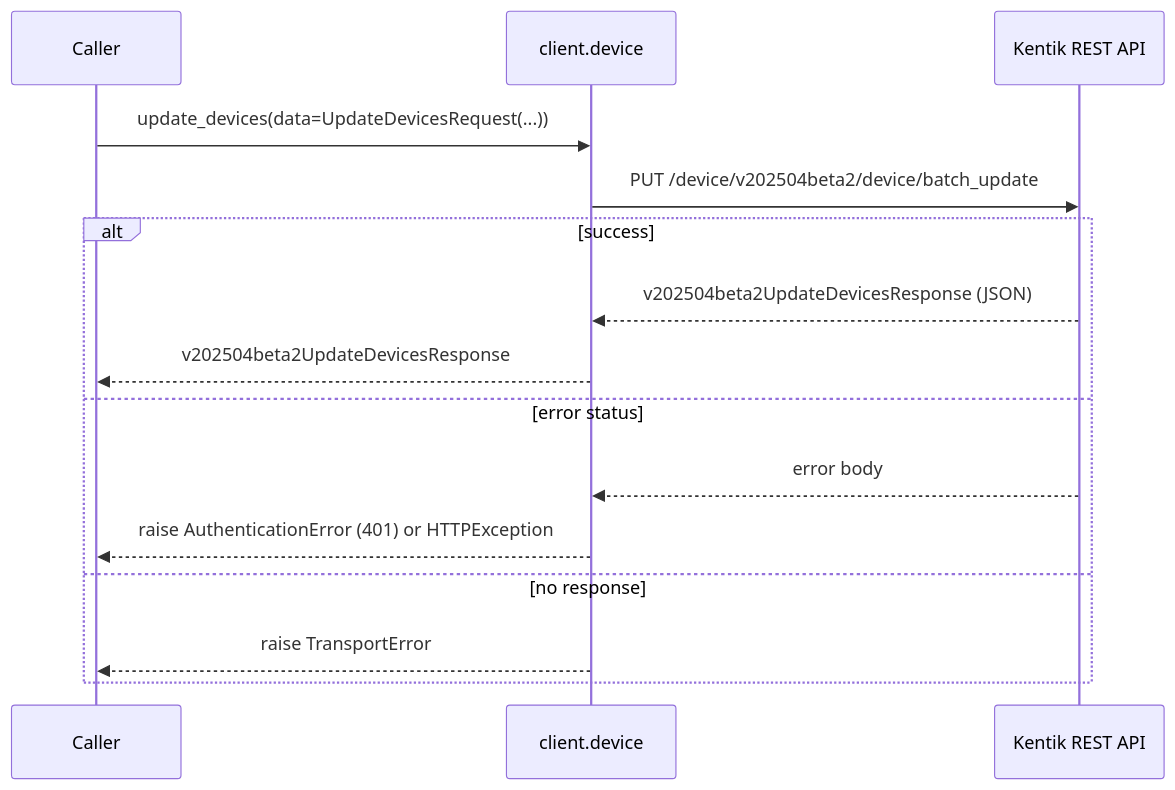
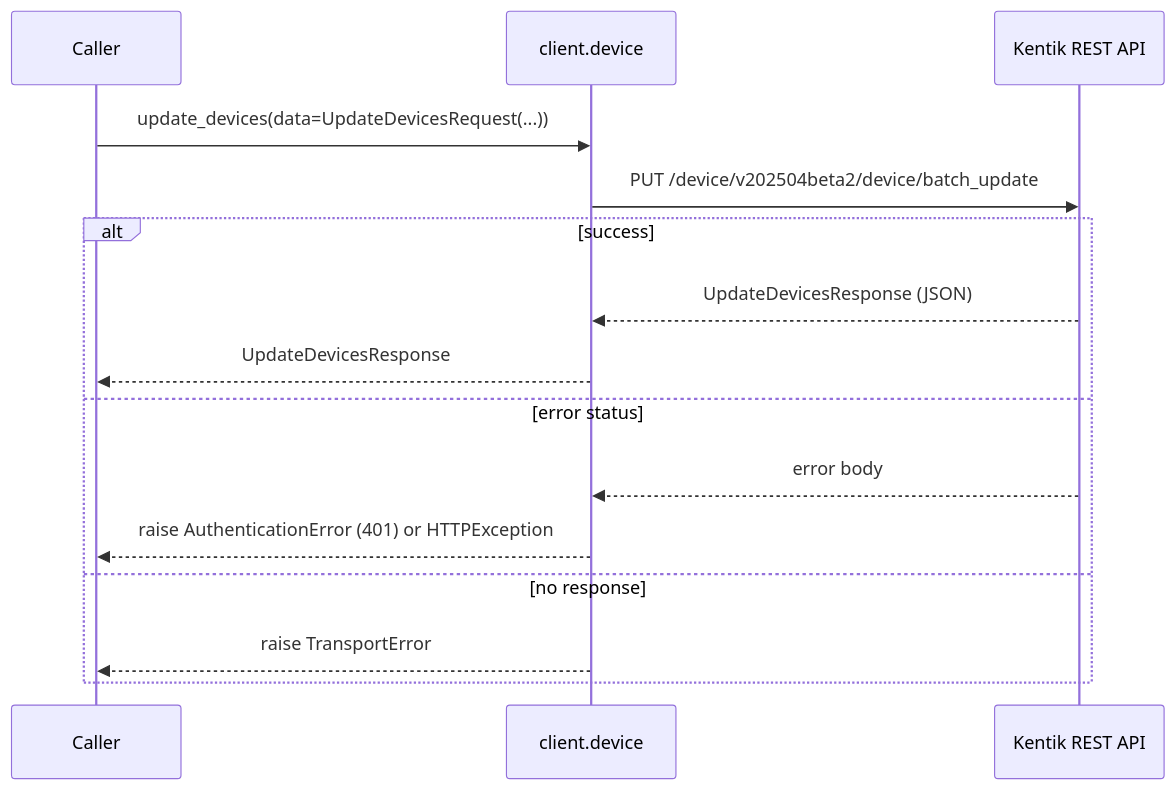
One commit to alexdearaujo/community_sdk_python changed the tenth of 22 diagrams in docs/sphinx/services/device.md. Above: the diagram before and after it, drawn with Mermaid. The commit also changed other lines of this file and 38 other files, not shown here.

````diff
--- a/docs/sphinx/services/device.md
+++ b/docs/sphinx/services/device.md
@@ -341,18 +341,18 @@
 ```mermaid
 sequenceDiagram
     participant C as Caller
     participant W as client.device
     participant API as Kentik REST API
 
     C->>W: update_devices(data=UpdateDevicesRequest(...))
     W->>API: PUT /device/v202504beta2/device/batch_update
     alt success
-        API-->>W: v202504beta2UpdateDevicesResponse (JSON)
-        W-->>C: v202504beta2UpdateDevicesResponse
+        API-->>W: UpdateDevicesResponse (JSON)
+        W-->>C: UpdateDevicesResponse
     else error status
         API-->>W: error body
         W-->>C: raise AuthenticationError (401) or HTTPException
     else no response
         W-->>C: raise TransportError
     end
 ```
````
